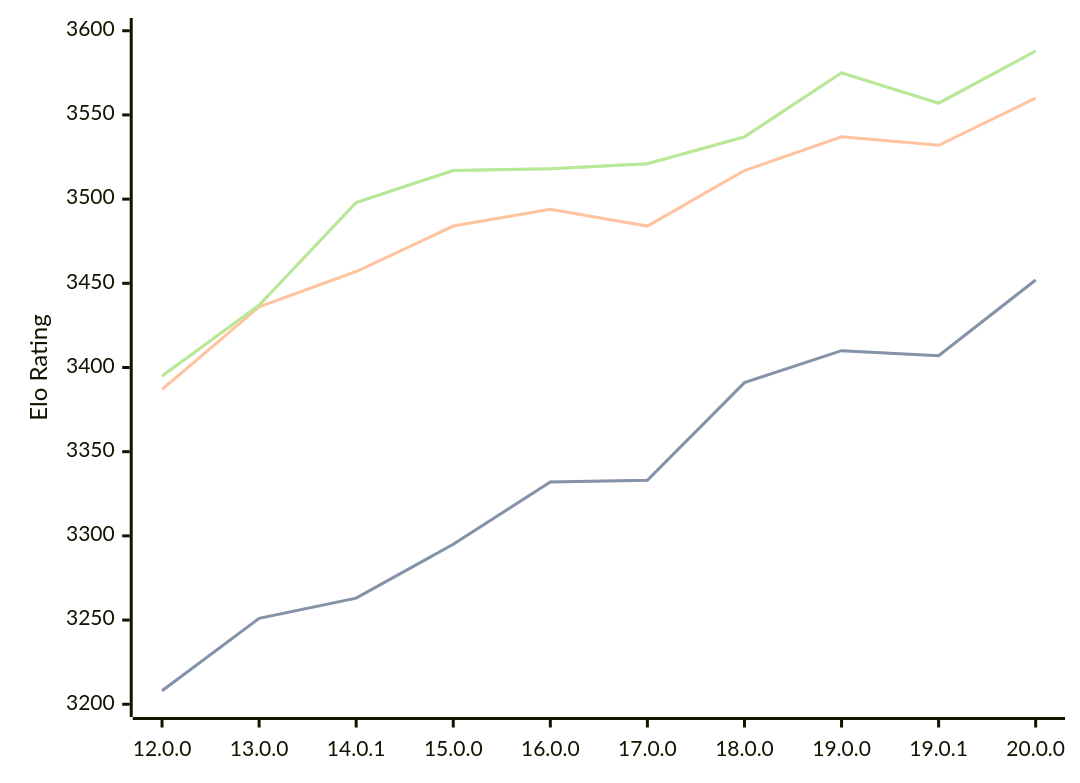
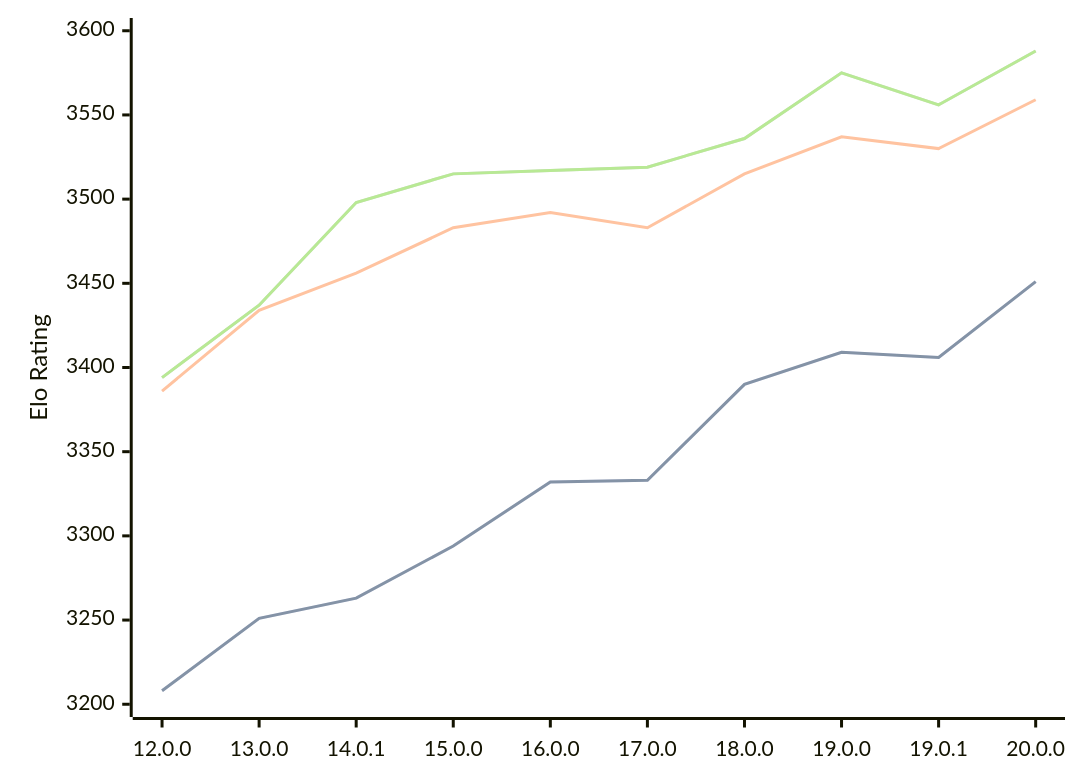
One commit to computer-chess-index/cci changed the diagram in engines/Viridithas.md. Above: the diagram before and after it, drawn with Mermaid. The commit also changed other lines of this file, not shown here.

Commit message:
Update CCI Ratings (ELO VLTC) - 2026-09-01

````diff
--- a/engines/Viridithas.md
+++ b/engines/Viridithas.md
@@ -40,11 +40,11 @@
 ```mermaid
 %%{init: {"theme":"base","themeVariables":{"seriesColors:['#a3a3a3','#222221','#faa371']}}}%%
 xychart-beta
   x-axis ["12.0.0", "13.0.0", "14.0.1", "15.0.0", "16.0.0", "17.0.0", "18.0.0", "19.0.0", "19.0.1", "20.0.0"]
   y-axis "Elo Rating" 3200 --> 3600
-  line "" [3208, 3251, 3263, 3295, 3332, 3333, 3391, 3410, 3407, 3452]
-  line "STC (8.0+0.08s)" [3208, 3251, 3263, 3295, 3332, 3333, 3391, 3410, 3407, 3452]
-  line "LTC (60.0+0.60s)" [3387, 3436, 3457, 3484, 3494, 3484, 3517, 3537, 3532, 3560]
-  line "" [3395, 3437, 3498, 3517, 3518, 3521, 3537, 3575, 3557, 3588]
-  line "VLTC (2m24s+1.12s)" [3395, 3437, 3498, 3517, 3518, 3521, 3537, 3575, 3557, 3588]
+  line "" [3208, 3251, 3263, 3294, 3332, 3333, 3390, 3409, 3406, 3451]
+  line "STC (8.0+0.08s)" [3208, 3251, 3263, 3294, 3332, 3333, 3390, 3409, 3406, 3451]
+  line "LTC (60.0+0.60s)" [3386, 3434, 3456, 3483, 3492, 3483, 3515, 3537, 3530, 3559]
+  line "" [3394, 3437, 3498, 3515, 3517, 3519, 3536, 3575, 3556, 3588]
+  line "VLTC (2m24s+1.12s)" [3394, 3437, 3498, 3515, 3517, 3519, 3536, 3575, 3556, 3588]
 ```
````
